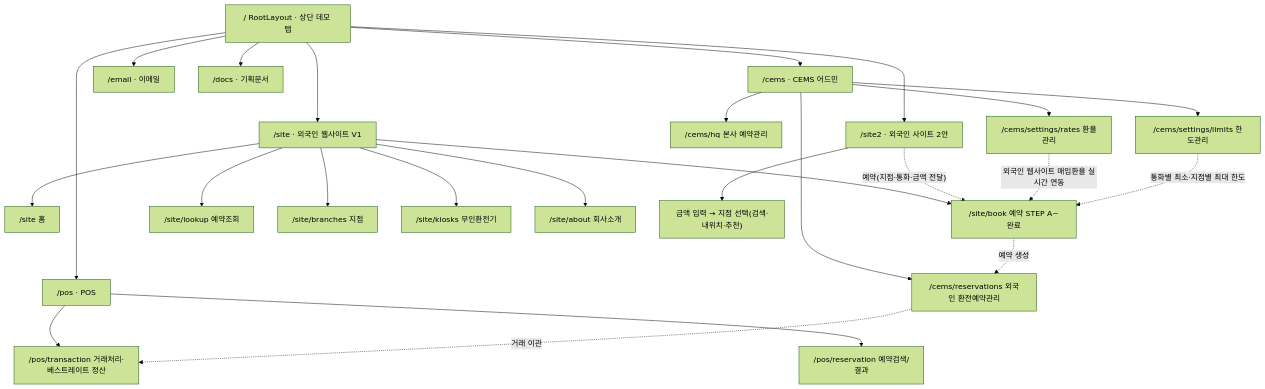
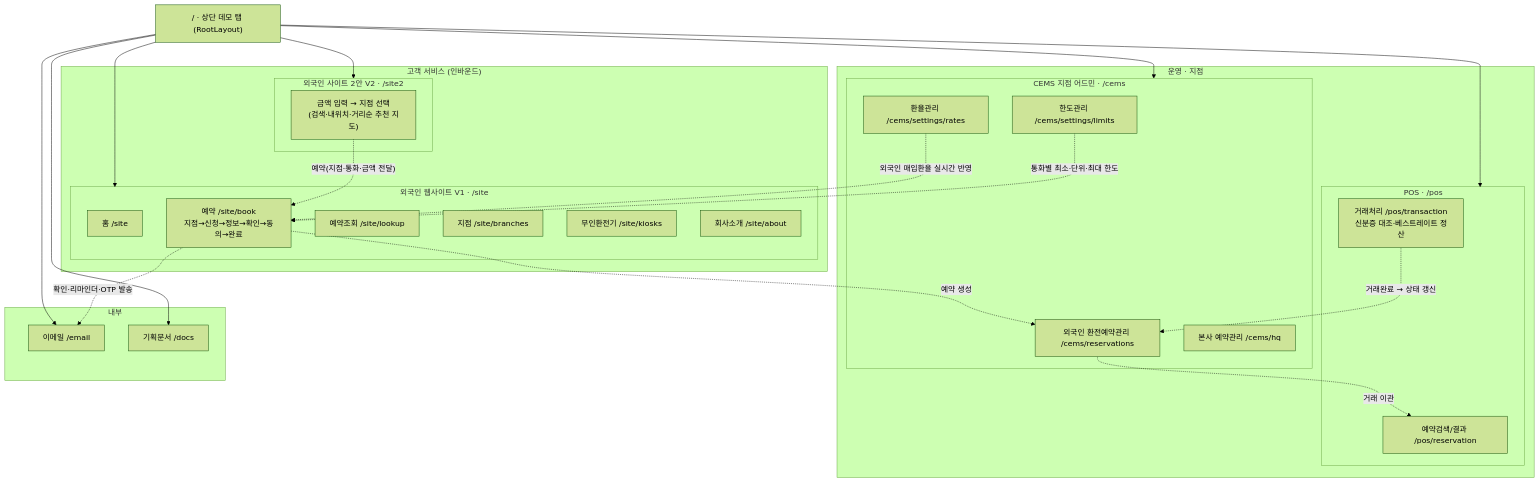
One commit to ahyeonine/moneybox_fw01 changed the diagram in docs-plan/02_구조도.mermaid. Above: the diagram before and after it, drawn with Mermaid (forest theme).

Commit message:
docs(구조도): 서브시스템별 박스로 그룹화해 가독성 개선 (#31)
- 평면 graph를 subgraph로 분할: 고객 서비스(V1·V2) / 운영·지점(CEMS·POS) / 내부(이메일·기획문서)
- 시스템 간 연동을 점선으로 명시: V2→V1 예약전달, CEMS 환율·한도→신청화면,
  예약생성→CEMS, 이메일 발송, CEMS↔POS 거래이관·상태갱신

Claude-Session: https://claude.ai/code/session_01FCmLHYetB95rdxSqp2KZdR

```diff
--- a/docs-plan/02_구조도.mermaid
+++ b/docs-plan/02_구조도.mermaid
@@ -1,31 +1,50 @@
 graph TD
-  Root["/ RootLayout · 상단 데모 탭"]
-  Root --> V1["/site · 외국인 웹사이트 V1"]
-  Root --> V2["/site2 · 외국인 사이트 2안"]
-  Root --> CEMS["/cems · CEMS 어드민"]
-  Root --> POS["/pos · POS"]
-  Root --> Email["/email · 이메일"]
-  Root --> Docs["/docs · 기획문서"]
+  Root["/ · 상단 데모 탭 (RootLayout)"]
 
-  V1 --> V1H["/site 홈"]
-  V1 --> V1B["/site/book 예약 STEP A~완료"]
-  V1 --> V1L["/site/lookup 예약조회"]
-  V1 --> V1Br["/site/branches 지점"]
-  V1 --> V1K["/site/kiosks 무인환전기"]
-  V1 --> V1A["/site/about 회사소개"]
+  subgraph CUST["고객 서비스 (인바운드)"]
+    subgraph SV1["외국인 웹사이트 V1 · /site"]
+      V1H["홈 /site"]
+      V1B["예약 /site/book<br/>지점→신청→정보→확인→동의→완료"]
+      V1L["예약조회 /site/lookup"]
+      V1Br["지점 /site/branches"]
+      V1K["무인환전기 /site/kiosks"]
+      V1A["회사소개 /site/about"]
+    end
+    subgraph SV2["외국인 사이트 2안 V2 · /site2"]
+      V2F["금액 입력 → 지점 선택<br/>(검색·내위치·거리순 추천 지도)"]
+    end
+  end
 
-  V2 --> V2F["금액 입력 → 지점 선택(검색·내위치·추천)"]
+  subgraph OPS["운영 · 지점"]
+    subgraph SCEMS["CEMS 지점 어드민 · /cems"]
+      C1["외국인 환전예약관리 /cems/reservations"]
+      C2["본사 예약관리 /cems/hq"]
+      C3["환율관리 /cems/settings/rates"]
+      C4["한도관리 /cems/settings/limits"]
+    end
+    subgraph SPOS["POS · /pos"]
+      P2["예약검색/결과 /pos/reservation"]
+      P3["거래처리 /pos/transaction<br/>신분증 대조·베스트레이트 정산"]
+    end
+  end
 
-  CEMS --> C1["/cems/reservations 외국인 환전예약관리"]
-  CEMS --> C2["/cems/hq 본사 예약관리"]
-  CEMS --> C3["/cems/settings/rates 환율관리"]
-  CEMS --> C4["/cems/settings/limits 한도관리"]
+  subgraph INT["내부"]
+    Email["이메일 /email"]
+    Docs["기획문서 /docs"]
+  end
 
-  POS --> P2["/pos/reservation 예약검색/결과"]
-  POS --> P3["/pos/transaction 거래처리·베스트레이트 정산"]
+  Root --> SV1
+  Root --> SV2
+  Root --> SCEMS
+  Root --> SPOS
+  Root --> Email
+  Root --> Docs
 
-  V2 -. "예약(지점·통화·금액 전달)" .-> V1B
-  C3 -. "외국인 웹사이트 매입환율 실시간 연동" .-> V1B
-  C4 -. "통화별 최소·지점별 최대 한도" .-> V1B
+  %% 시스템 간 연동 (점선)
+  V2F -. "예약(지점·통화·금액 전달)" .-> V1B
+  C3 -. "외국인 매입환율 실시간 반영" .-> V1B
+  C4 -. "통화별 최소·단위·최대 한도" .-> V1B
   V1B -. "예약 생성" .-> C1
-  C1 -. "거래 이관" .-> P3
+  V1B -. "확인·리마인더·OTP 발송" .-> Email
+  C1 -. "거래 이관" .-> P2
+  P3 -. "거래완료 → 상태 갱신" .-> C1
```
